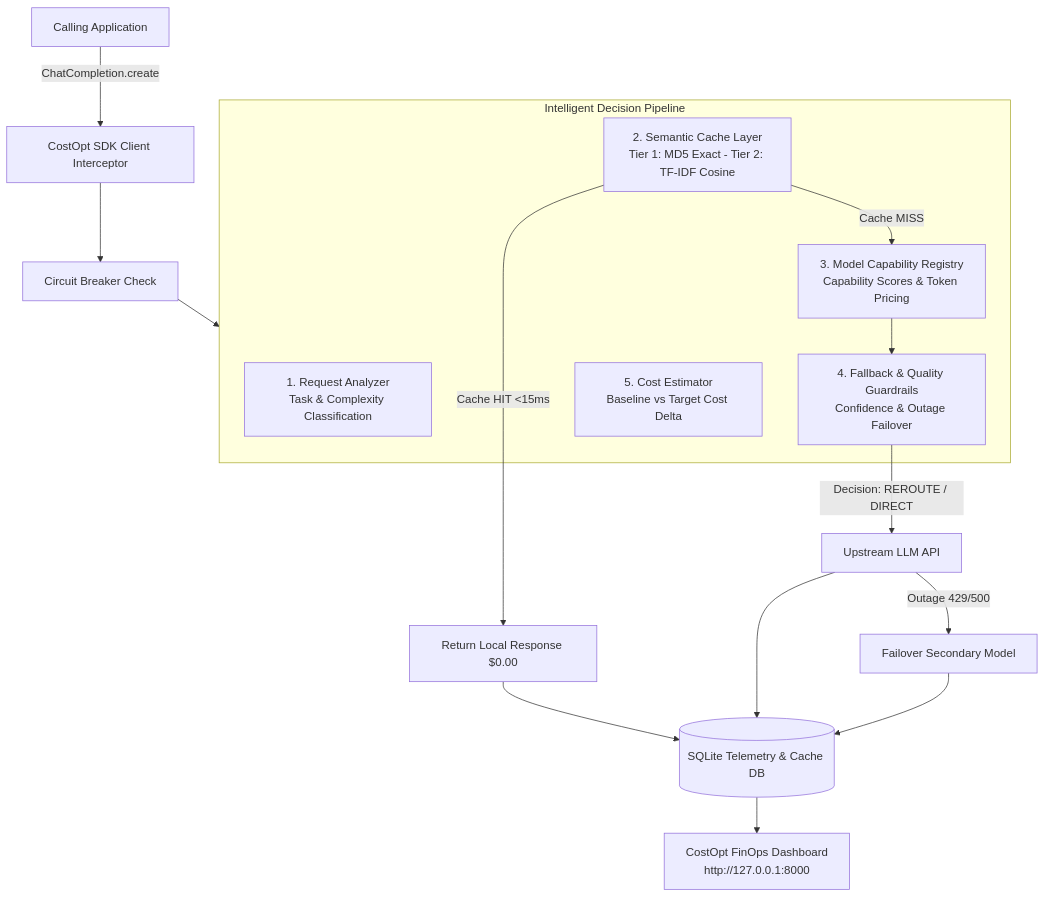
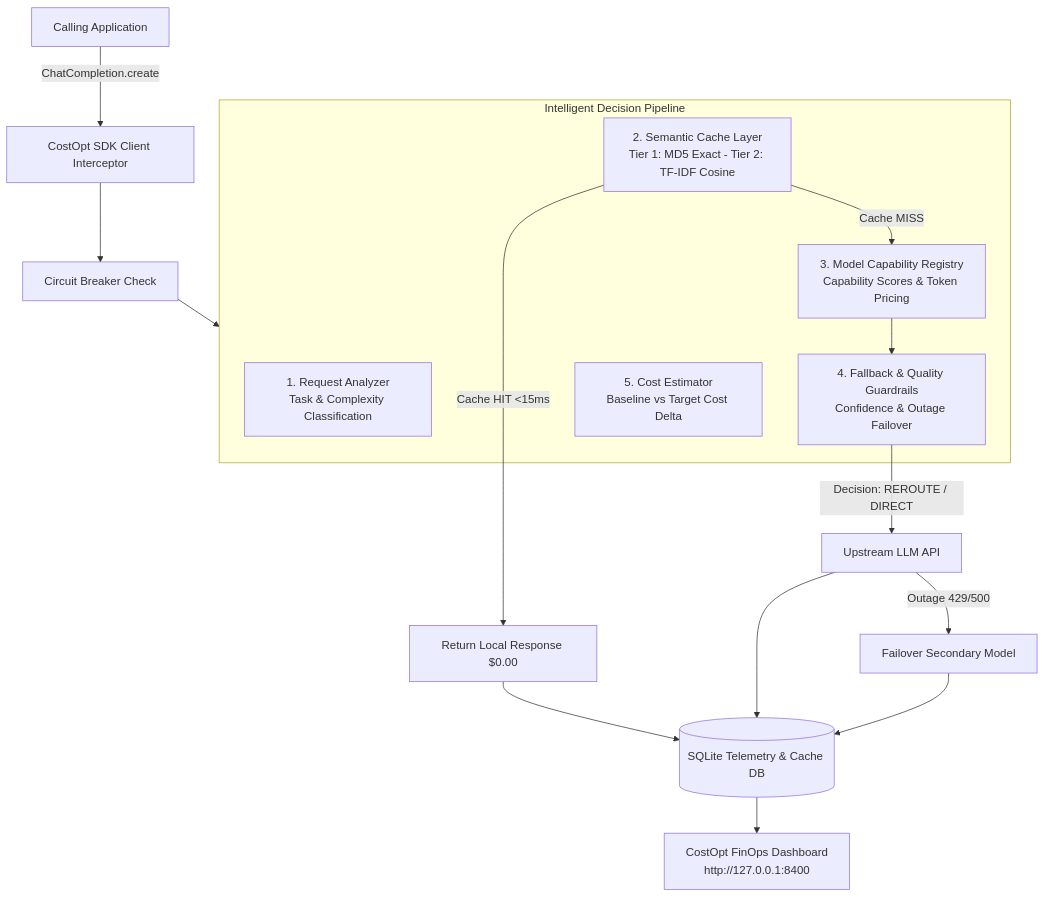
One commit to khusshdesai/CostOpt changed the diagram in README.md. Above: the diagram before and after it, drawn with Mermaid. The commit also changed other lines of this file and 33 other files, not shown here.

Commit message:
fix(core,extension): resolve telemetry schema, port conflict 8400, and add 1-click server auto-discovery (v0.2.0 / v0.2.8)

````diff
--- a/README.md
+++ b/README.md
@@ -82,26 +82,26 @@
 ```mermaid
 flowchart TD
     App["Calling Application"] -->|ChatCompletion.create| Interceptor["CostOpt SDK Client Interceptor"]
     Interceptor --> CB["Circuit Breaker Check"]
     CB --> Engine["Centralized Decision Engine"]
     
     subgraph Engine ["Intelligent Decision Pipeline"]
         Analyzer["1. Request Analyzer<br/>Task & Complexity Classification"]
         CacheLayer["2. Semantic Cache Layer<br/>Tier 1: MD5 Exact - Tier 2: TF-IDF Cosine"]
         Registry["3. Model Capability Registry<br/>Capability Scores & Token Pricing"]
         Guardrails["4. Fallback & Quality Guardrails<br/>Confidence & Outage Failover"]
         Estimator["5. Cost Estimator<br/>Baseline vs Target Cost Delta"]
     end
     
     CacheLayer -->|Cache HIT <15ms| Hit["Return Local Response $0.00"]
     CacheLayer -->|Cache MISS| Registry
     Registry --> Guardrails
     Guardrails -->|Decision: REROUTE / DIRECT| API["Upstream LLM API"]
     API -->|Outage 429/500| Failover["Failover Secondary Model"]
     
     Hit --> DB[("SQLite Telemetry & Cache DB")]
     API --> DB
     Failover --> DB
     
-    DB --> Dashboard["CostOpt FinOps Dashboard<br/>http://127.0.0.1:8000"]
+    DB --> Dashboard["CostOpt FinOps Dashboard<br/>http://127.0.0.1:8400"]
 ```
````
